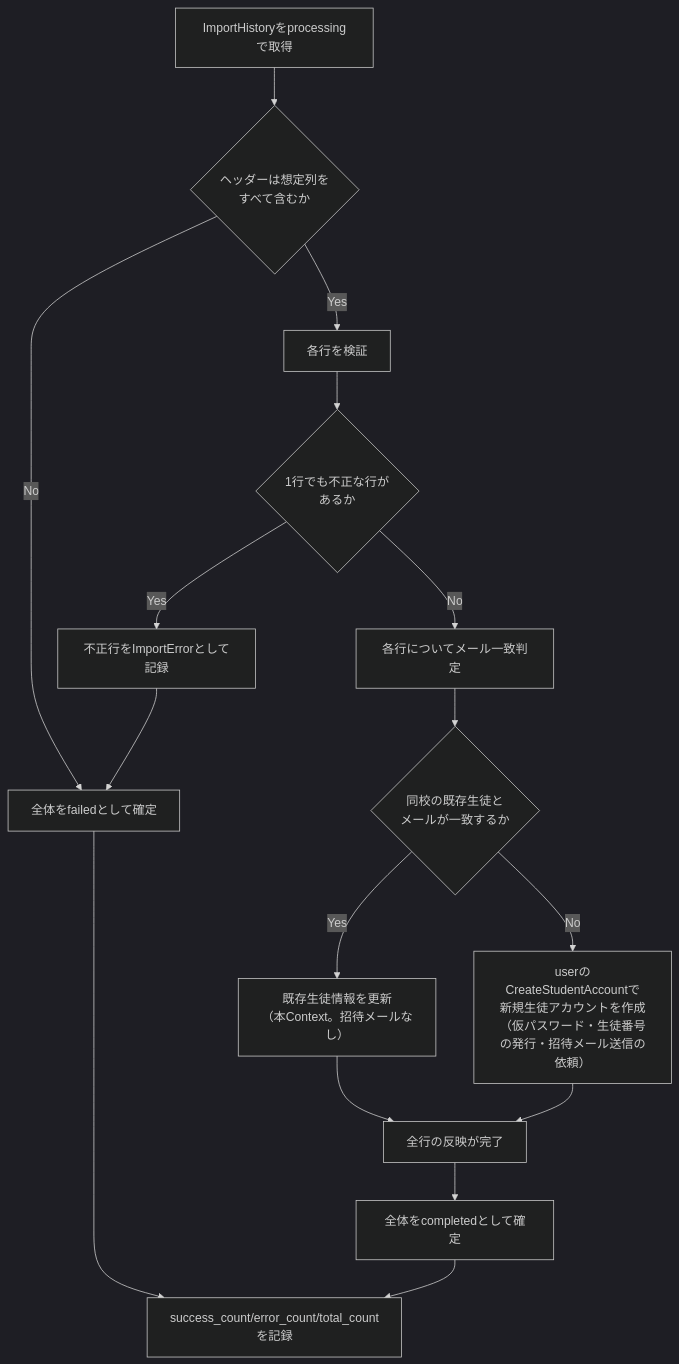
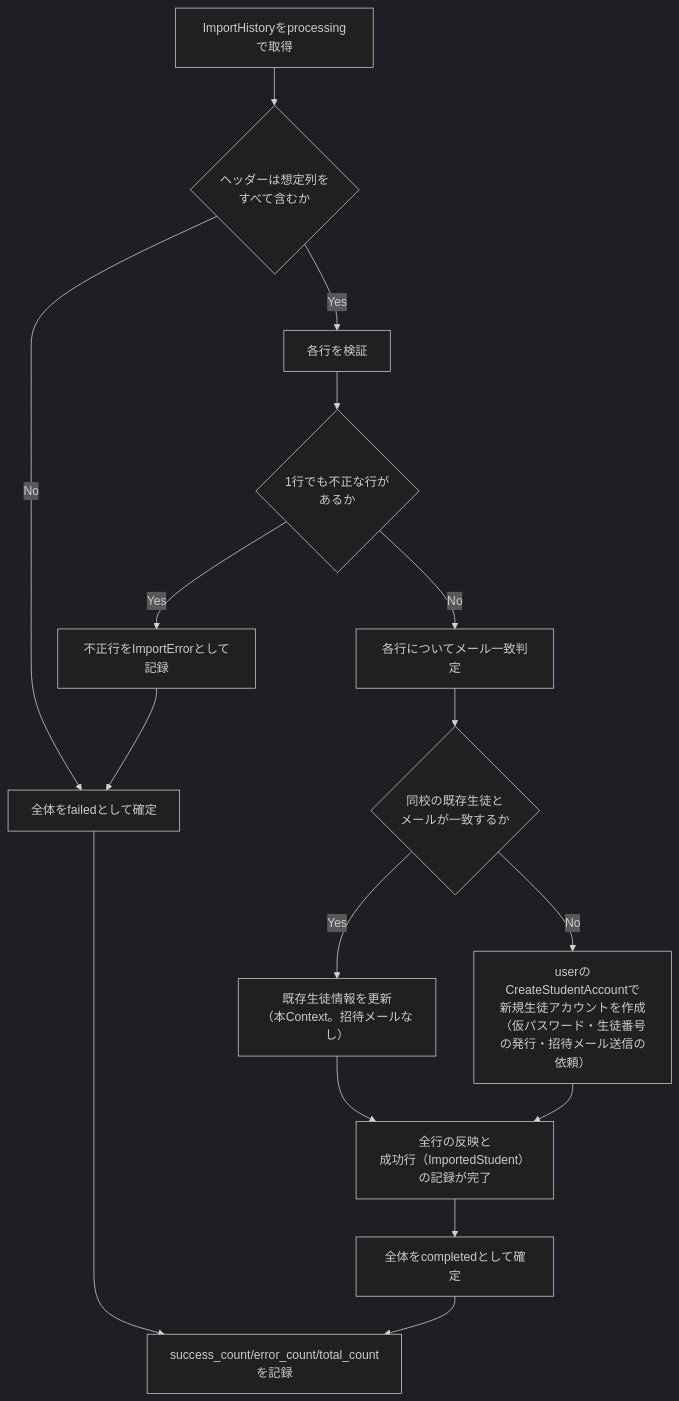
One commit to yuta20253/edu-platform-go-design changed the fourth of 4 diagrams in 計画書/GO移行・設計仕様書/生徒CSVインポート機能_Go移行・設計仕様書.md. Above: the diagram before and after it, drawn with Mermaid (dark theme). The commit also changed other lines of this file and 34 other files, not shown here.

````diff
--- a/計画書/GO移行・設計仕様書/生徒CSVインポート機能_Go移行・設計仕様書.md
+++ b/計画書/GO移行・設計仕様書/生徒CSVインポート機能_Go移行・設計仕様書.md
@@ -442,18 +486,18 @@
 ```mermaid
 flowchart TD
     A[ImportHistoryをprocessingで取得] --> B{ヘッダーは想定列を<br/>すべて含むか}
     B -- No --> F1[全体をfailedとして確定]
     B -- Yes --> C[各行を検証]
     C --> D{1行でも不正な行が<br/>あるか}
     D -- Yes --> E[不正行をImportErrorとして記録]
     E --> F1
     D -- No --> G[各行についてメール一致判定]
     G --> H{同校の既存生徒と<br/>メールが一致するか}
     H -- Yes --> I[既存生徒情報を更新<br/>（本Context。招待メールなし）]
     H -- No --> J[userのCreateStudentAccountで<br/>新規生徒アカウントを作成<br/>（仮パスワード・生徒番号の発行・招待メール送信の依頼）]
-    I --> K[全行の反映が完了]
+    I --> K[全行の反映と<br/>成功行（ImportedStudent）の記録が完了]
     J --> K
     K --> F2[全体をcompletedとして確定]
     F1 --> L[success_count/error_count/total_countを記録]
     F2 --> L
 ```
````
